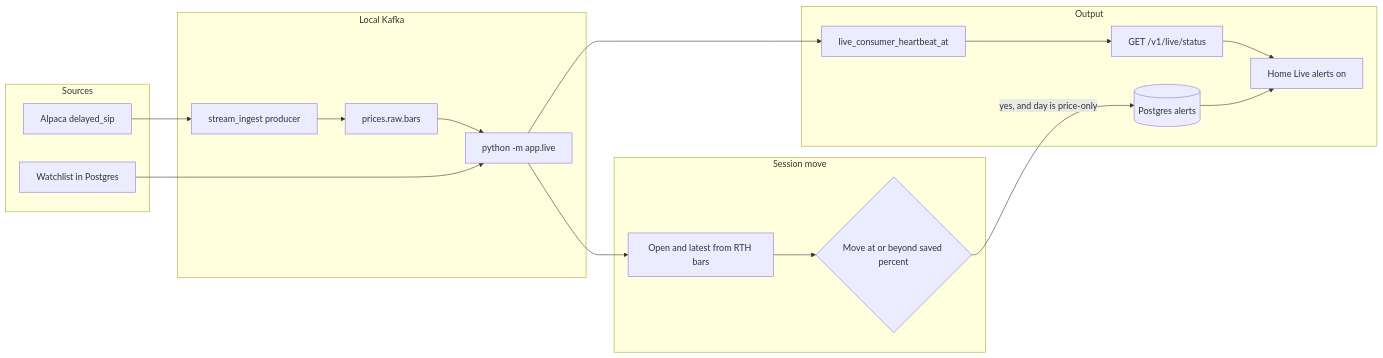
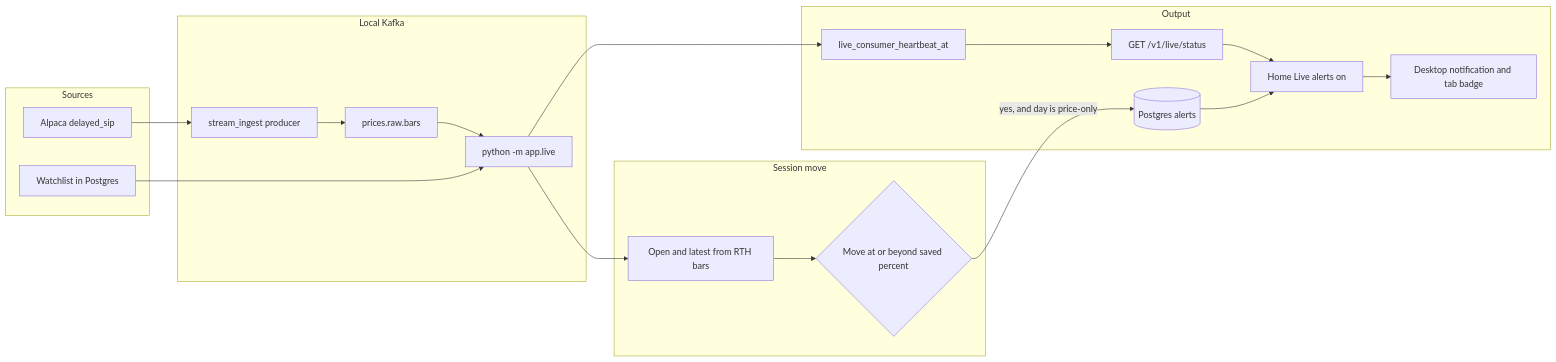
The second of 8 diagrams in docs/architecture.md (sameerde4/ticker-alert-system), drawn with Mermaid before and after one commit. The commit also changed other lines of this file and 4 other files, not shown here.

````diff
--- a/docs/architecture.md
+++ b/docs/architecture.md
@@ -104,32 +108,33 @@
 ```mermaid
 flowchart LR
     subgraph sources [Sources]
         ALP[Alpaca delayed_sip]
         WL2[Watchlist in Postgres]
     end
 
     subgraph bus [Local Kafka]
         PROD[stream_ingest producer]
         TOPIC[prices.raw.bars]
         LIVE[python -m app.live]
     end
 
     subgraph decide [Session move]
         BOOK[Open and latest from RTH bars]
         RULE2{Move at or beyond saved percent}
     end
 
     subgraph out2 [Output]
         PG[(Postgres alerts)]
         BEAT[live_consumer_heartbeat_at]
         API[GET /v1/live/status]
         UI2[Home Live alerts on]
+        NOTE2[Desktop notification and tab badge]
     end
 
     ALP --> PROD --> TOPIC --> LIVE
     WL2 --> LIVE
     LIVE --> BOOK --> RULE2
     RULE2 -->|yes, and day is price-only| PG
     LIVE --> BEAT --> API --> UI2
-    PG --> UI2
+    PG --> UI2 --> NOTE2
 ```
````
